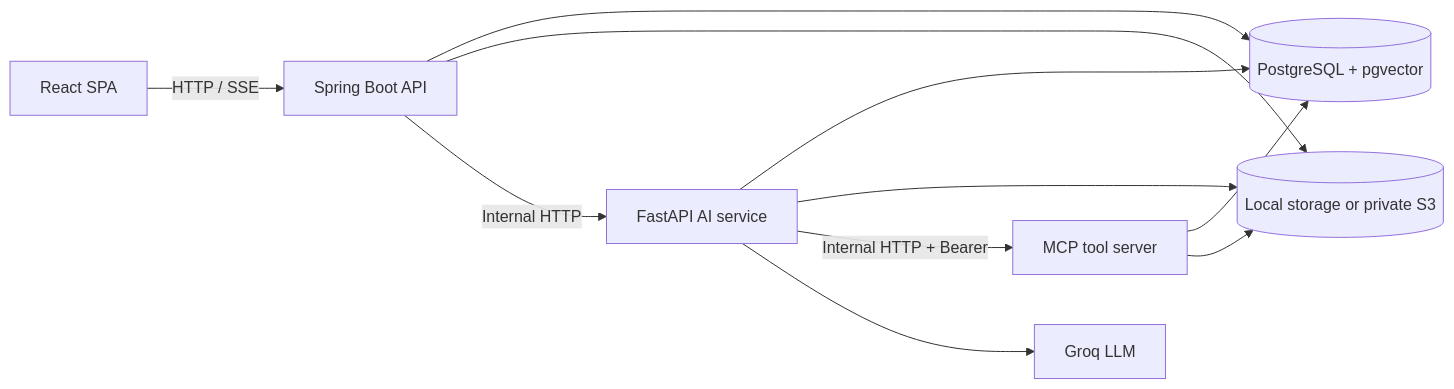
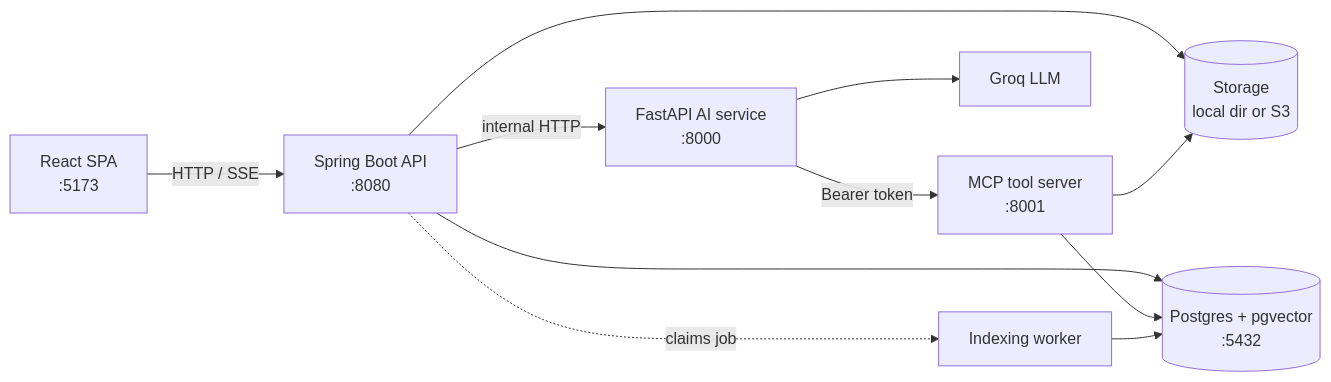
One commit to omnavneet/codebase-ai changed the diagram in README.md. Above: the diagram before and after it, drawn with Mermaid. The commit also changed other lines of this file and 25 other files, not shown here.

````diff
--- a/README.md
+++ b/README.md
@@ -42,13 +27,13 @@
 ```mermaid
 flowchart LR
-    Browser[React SPA] -->|HTTP / SSE| API[Spring Boot API]
-    API --> DB[(PostgreSQL + pgvector)]
-    API --> Store[(Local storage or private S3)]
-    API -->|Internal HTTP| AI[FastAPI AI service]
-    AI --> DB
-    AI --> Store
-    AI -->|Internal HTTP + Bearer| MCP[MCP tool server]
+    Browser[React SPA<br/>:5173] -->|HTTP / SSE| API[Spring Boot API<br/>:8080]
+    API --> DB[(Postgres + pgvector<br/>:5432)]
+    API --> Store[(Storage<br/>local dir or S3)]
+    API -->|internal HTTP| AI[FastAPI AI service<br/>:8000]
+    AI -->|Bearer token| MCP[MCP tool server<br/>:8001]
     MCP --> DB
     MCP --> Store
     AI --> LLM[Groq LLM]
+    Worker[Indexing worker] --> DB
+    API -.->|claims job| Worker
 ```
````
